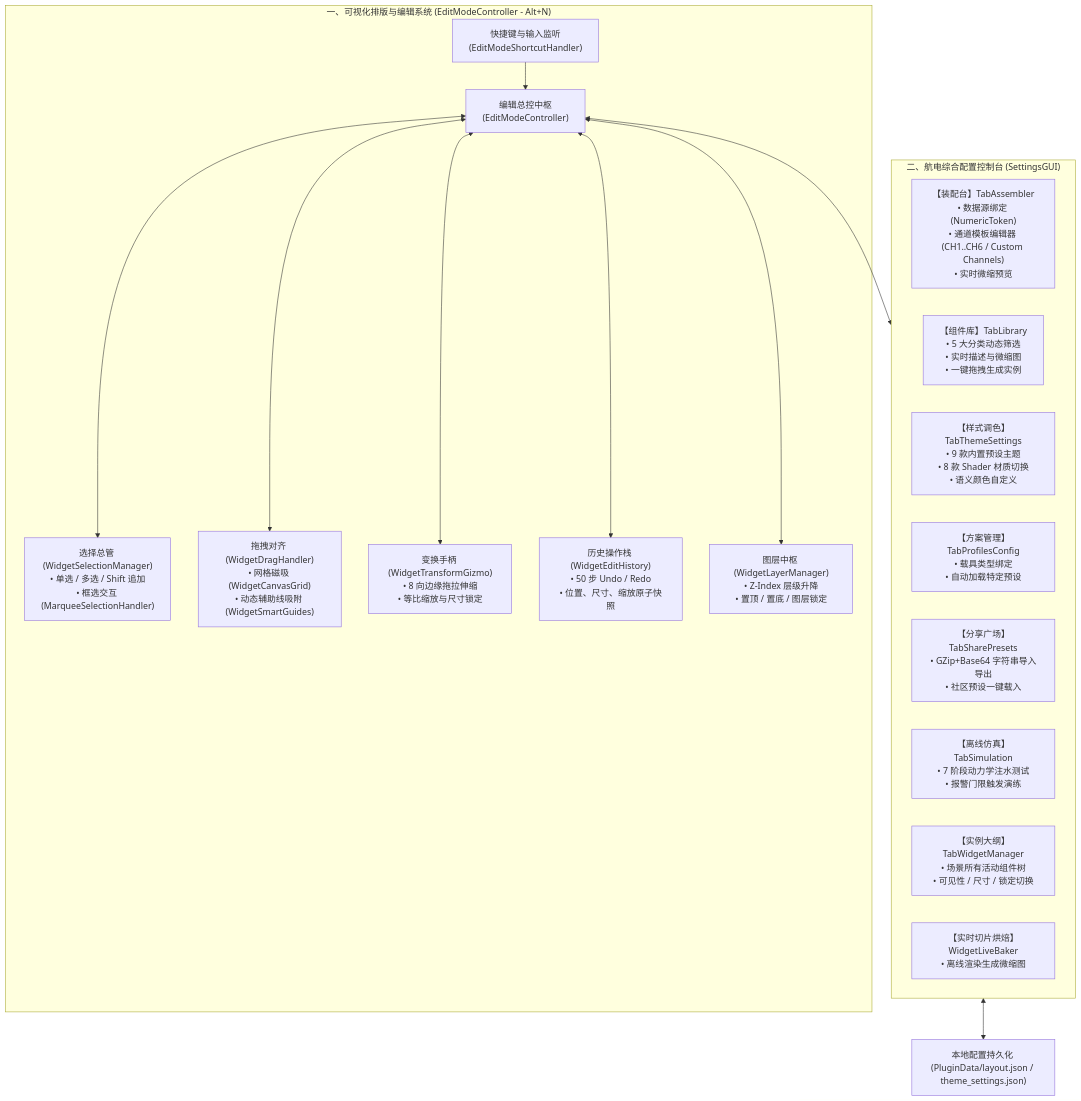
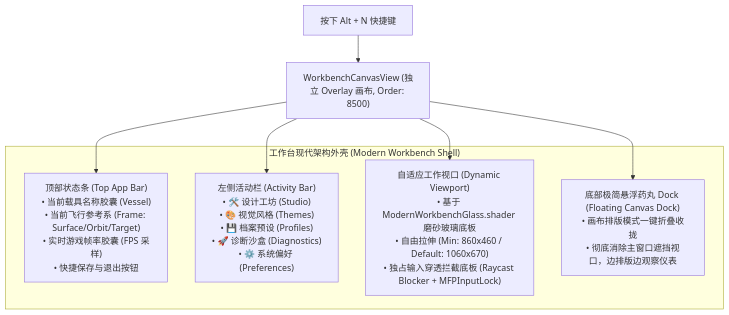
The fifth of 7 diagrams in ARCHITECTURE.md (DiaoDaiaChan/KSP_ModularFlightPanel), drawn with Mermaid before and after one commit. The commit also changed other lines of this file and 14 other files, not shown here.

Commit message:
feat(ui): refactor Alt+N workbench with dark aero glass shader, UGUI layout constraints and responsive controls

````diff
--- a/ARCHITECTURE.md
+++ b/ARCHITECTURE.md
@@ -253,26 +245,16 @@
 ```mermaid
 flowchart TD
-    subgraph EditModeArch["一、可视化排版与编辑系统 (EditModeController - Alt+N)"]
-        InputHandler["快捷键与输入监听<br/>(EditModeShortcutHandler)"] --> Ctrl["编辑总控中枢<br/>(EditModeController)"]
+    AltN["按下 Alt + N 快捷键"] --> View["WorkbenchCanvasView (独立 Overlay 画布, Order: 8500)"]
+    
+    subgraph UI_Shell["工作台现代架构外壳 (Modern Workbench Shell)"]
+        TopBar["顶部状态条 (Top App Bar)<br/>• 当前载具名称胶囊 (Vessel)<br/>• 当前飞行参考系 (Frame: Surface/Orbit/Target)<br/>• 实时游戏帧率胶囊 (FPS 采样)<br/>• 快捷保存与退出按钮"]
         
-        Ctrl <--> SelectMgr["选择总管 (WidgetSelectionManager)<br/>• 单选 / 多选 / Shift 追加<br/>• 框选交互 (MarqueeSelectionHandler)"]
-        Ctrl <--> DragMgr["拖拽对齐 (WidgetDragHandler)<br/>• 网格磁吸 (WidgetCanvasGrid)<br/>• 动态辅助线吸附 (WidgetSmartGuides)"]
-        Ctrl <--> Gizmo["变换手柄 (WidgetTransformGizmo)<br/>• 8 向边缘拖拉伸缩<br/>• 等比缩放与尺寸锁定"]
-        Ctrl <--> History["历史操作栈 (WidgetEditHistory)<br/>• 50 步 Undo / Redo<br/>• 位置、尺寸、缩放原子快照"]
-        Ctrl <--> LayerMgr["图层中枢 (WidgetLayerManager)<br/>• Z-Index 层级升降<br/>• 置顶 / 置底 / 图层锁定"]
+        ActivityBar["左侧活动栏 (Activity Bar)<br/>• 🛠️ 设计工坊 (Studio)<br/>• 🎨 视觉风格 (Themes)<br/>• 💾 档案预设 (Profiles)<br/>• 🚀 诊断沙盒 (Diagnostics)<br/>• ⚙️ 系统偏好 (Preferences)"]
+        
+        Viewport["自适应工作视口 (Dynamic Viewport)<br/>• 基于 ModernWorkbenchGlass.shader 磨砂玻璃底板<br/>• 自由拉伸 (Min: 860x460 / Default: 1060x670)<br/>• 独占输入穿透拦截底板 (Raycast Blocker + MFPInputLock)"]
+        
+        Dock["底部极简悬浮药丸 Dock (Floating Canvas Dock)<br/>• 画布排版模式一键折叠收拢<br/>• 彻底消除主窗口遮挡视口，边排版边观察仪表"]
     end
 
-    subgraph SettingsSuiteArch["二、航电综合配置控制台 (SettingsGUI)"]
-        Tab1["【装配台】TabAssembler<br/>• 数据源绑定 (NumericToken)<br/>• 通道模板编辑器 (CH1..CH6 / Custom Channels)<br/>• 实时微缩预览"]
-        Tab2["【组件库】TabLibrary<br/>• 5 大分类动态筛选<br/>• 实时描述与微缩图<br/>• 一键拖拽生成实例"]
-        Tab3["【样式调色】TabThemeSettings<br/>• 9 款内置预设主题<br/>• 8 款 Shader 材质切换<br/>• 语义颜色自定义"]
-        Tab4["【方案管理】TabProfilesConfig<br/>• 载具类型绑定<br/>• 自动加载特定预设"]
-        Tab5["【分享广场】TabSharePresets<br/>• GZip+Base64 字符串导入导出<br/>• 社区预设一键载入"]
-        Tab6["【离线仿真】TabSimulation<br/>• 7 阶段动力学注水测试<br/>• 报警门限触发演练"]
-        Tab7["【实例大纲】TabWidgetManager<br/>• 场景所有活动组件树<br/>• 可见性 / 尺寸 / 锁定切换"]
-        LiveBaker["【实时切片烘焙】WidgetLiveBaker<br/>• 离线渲染生成微缩图"]
-    end
-
-    Ctrl <--> SettingsSuiteArch
-    SettingsSuiteArch <--> Storage["本地配置持久化 (PluginData/layout.json / theme_settings.json)"]
+    View --> TopBar & ActivityBar & Viewport & Dock
 ```
````
